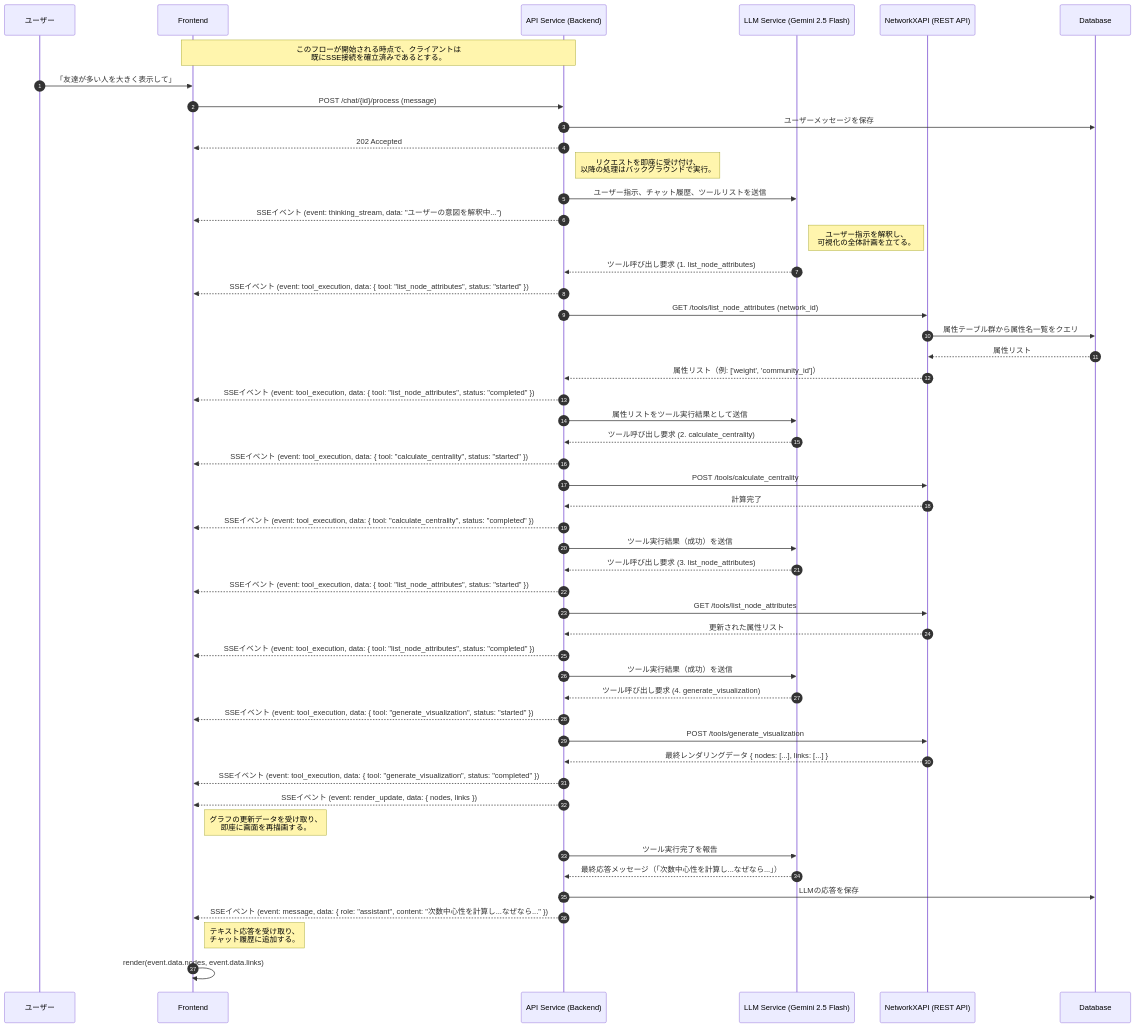
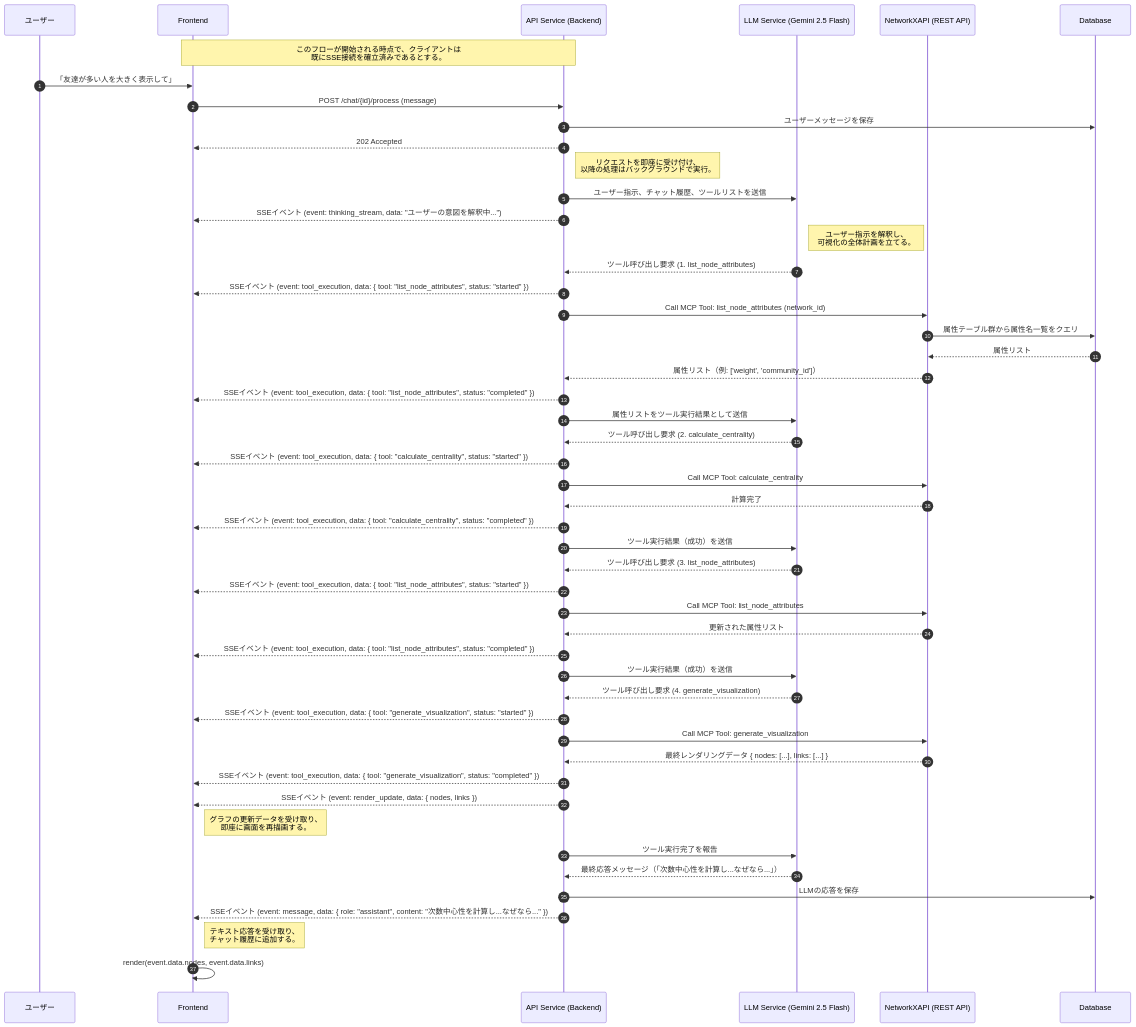
The second of 9 diagrams in specification/2_Technical_Details/6_Core_Workflows.md (vdslab/LLMGraphvis), drawn with Mermaid before and after one commit. The commit also changed other lines of this file and 19 other files, not shown here.

Commit message:
refactor: Reimplement LLM tool and network service communication using a new MCP client/server with SSE, removing old tool implementations.

````diff
--- a/specification/2_Technical_Details/6_Core_Workflows.md
+++ b/specification/2_Technical_Details/6_Core_Workflows.md
@@ -81,74 +81,74 @@
 ```mermaid
 sequenceDiagram
     autonumber
     %% Participants
     participant U as ユーザー
     participant F as Frontend
     participant B as API Service (Backend)
     participant LLM as LLM Service (Gemini 2.5 Flash)
     participant N as NetworkXAPI (REST API)
     participant DB as Database
 
     note over F, B: このフローが開始される時点で、クライアントは<br/>既にSSE接続を確立済みであるとする。
 
     U->>F: 「友達が多い人を大きく表示して」
     F->>B: POST /chat/{id}/process (message)
     B->>DB: ユーザーメッセージを保存
     B-->>F: 202 Accepted
     note right of B: リクエストを即座に受け付け、<br/>以降の処理はバックグラウンドで実行。
 
     %% Step 1: Backend starts the process and streams thinking
     B->>LLM: ユーザー指示、チャット履歴、ツールリストを送信
     B-->>F: SSEイベント (event: thinking_stream, data: "ユーザーの意図を解釈中...")
     note right of LLM: ユーザー指示を解釈し、<br/>可視化の全体計画を立てる。
     LLM-->>B: ツール呼び出し要求 (1. list_node_attributes)
 
     %% Step 2: Backend executes tools and streams status
     B-->>F: SSEイベント (event: tool_execution, data: { tool: "list_node_attributes", status: "started" })
-    B->>N: GET /tools/list_node_attributes (network_id)
+    B->>N: Call MCP Tool: list_node_attributes (network_id)
     N->>DB: 属性テーブル群から属性名一覧をクエリ
     DB-->>N: 属性リスト
     N-->>B: 属性リスト（例: ['weight', 'community_id']）
     B-->>F: SSEイベント (event: tool_execution, data: { tool: "list_node_attributes", status: "completed" })
 
     %% Step 3: Backend continues planning with LLM
     B->>LLM: 属性リストをツール実行結果として送信
     LLM-->>B: ツール呼び出し要求 (2. calculate_centrality)
 
     %% Step 4: Backend executes calculate_centrality
     B-->>F: SSEイベント (event: tool_execution, data: { tool: "calculate_centrality", status: "started" })
-    B->>N: POST /tools/calculate_centrality
+    B->>N: Call MCP Tool: calculate_centrality
     N-->>B: 計算完了
     B-->>F: SSEイベント (event: tool_execution, data: { tool: "calculate_centrality", status: "completed" })
     
     B->>LLM: ツール実行結果（成功）を送信
     LLM-->>B: ツール呼び出し要求 (3. list_node_attributes)
 
     %% Step 5: Backend executes list_node_attributes (Verification)
     B-->>F: SSEイベント (event: tool_execution, data: { tool: "list_node_attributes", status: "started" })
-    B->>N: GET /tools/list_node_attributes
+    B->>N: Call MCP Tool: list_node_attributes
     N-->>B: 更新された属性リスト
     B-->>F: SSEイベント (event: tool_execution, data: { tool: "list_node_attributes", status: "completed" })
 
     B->>LLM: ツール実行結果（成功）を送信
     LLM-->>B: ツール呼び出し要求 (4. generate_visualization)
 
     %% Step 6: Backend executes generate_visualization
     B-->>F: SSEイベント (event: tool_execution, data: { tool: "generate_visualization", status: "started" })
-    B->>N: POST /tools/generate_visualization
+    B->>N: Call MCP Tool: generate_visualization
     N-->>B: 最終レンダリングデータ { nodes: [...], links: [...] }
     B-->>F: SSEイベント (event: tool_execution, data: { tool: "generate_visualization", status: "completed" })
 
     %% Step 7: Backend sends final data and text response via SSE
     B-->>F: SSEイベント (event: render_update, data: { nodes, links })
     note right of F: グラフの更新データを受け取り、<br/>即座に画面を再描画する。
 
     B->>LLM: ツール実行完了を報告
     LLM-->>B: 最終応答メッセージ（「次数中心性を計算し...なぜなら...」）
     B->>DB: LLMの応答を保存
     B-->>F: SSEイベント (event: message, data: { role: "assistant", content: "次数中心性を計算し...なぜなら..." })
     note right of F: テキスト応答を受け取り、<br/>チャット履歴に追加する。
 
     %% Step 8: Frontend renders the updated network
     F->>F: render(event.data.nodes, event.data.links)
 ```
````
